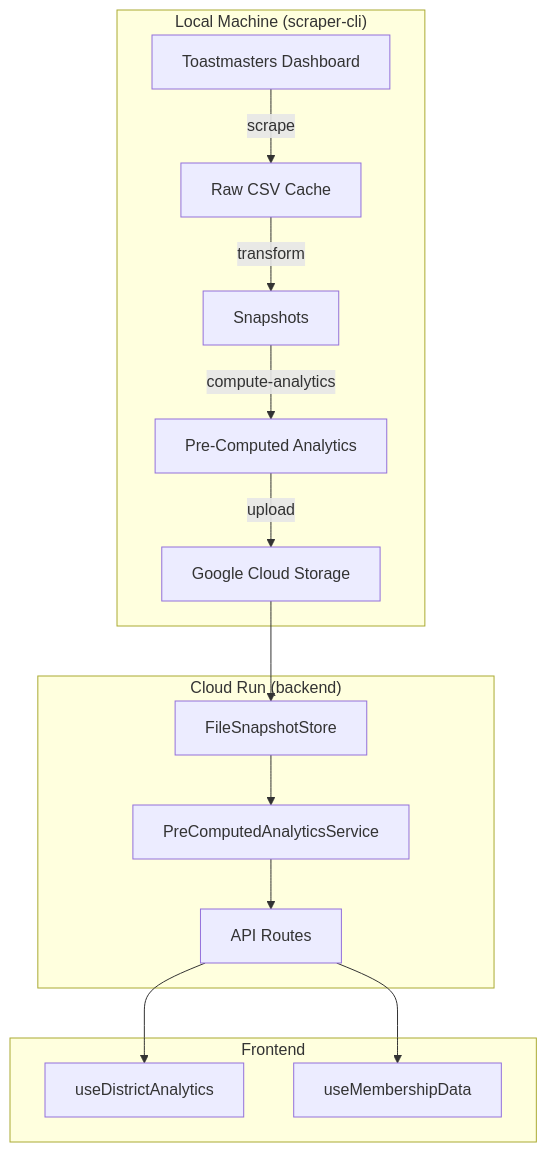
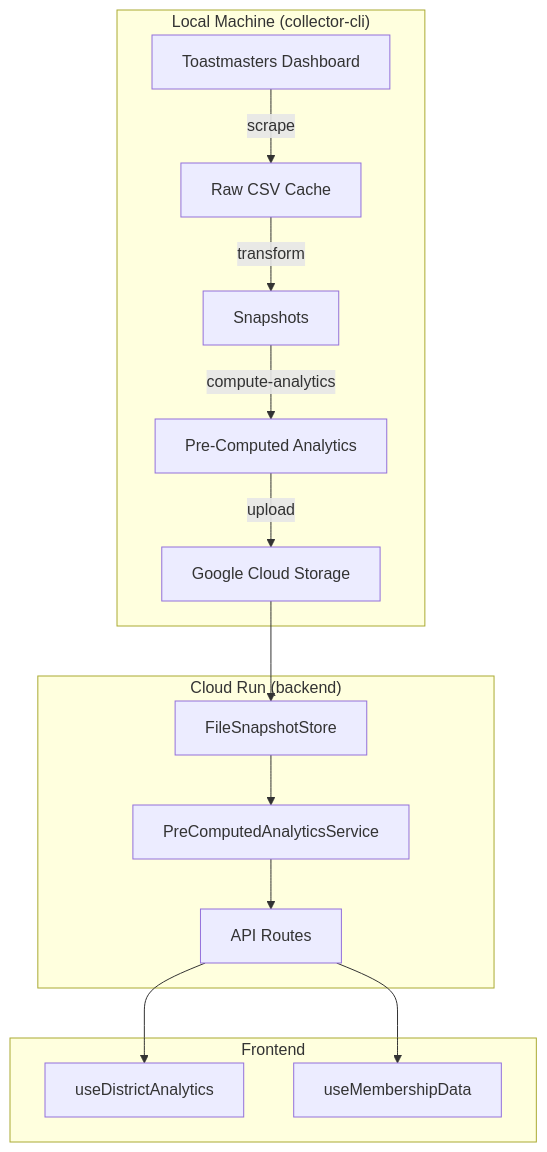
One commit to rservant/toast-stats changed the diagram in .kiro/specs-archive/precomputed-analytics-pipeline/design.md. Above: the diagram before and after it, drawn with Mermaid. The commit also changed other lines of this file and 267 other files, not shown here.

First line of the commit message:
refactor: rename scraper-cli to collector-cli across the codebase (#99)

````diff
--- a/.kiro/specs-archive/precomputed-analytics-pipeline/design.md
+++ b/.kiro/specs-archive/precomputed-analytics-pipeline/design.md
@@ -17,20 +17,20 @@
 ```mermaid
 flowchart TB
-    subgraph "Local Machine (scraper-cli)"
+    subgraph "Local Machine (collector-cli)"
         A[Toastmasters Dashboard] -->|scrape| B[Raw CSV Cache]
         B -->|transform| C[Snapshots]
         C -->|compute-analytics| D[Pre-Computed Analytics]
         D -->|upload| E[Google Cloud Storage]
     end
 
     subgraph "Cloud Run (backend)"
         E --> F[FileSnapshotStore]
         F --> G[PreComputedAnalyticsService]
         G --> H[API Routes]
     end
 
     subgraph "Frontend"
         H --> I[useDistrictAnalytics]
         H --> J[useMembershipData]
     end
 ```
````
